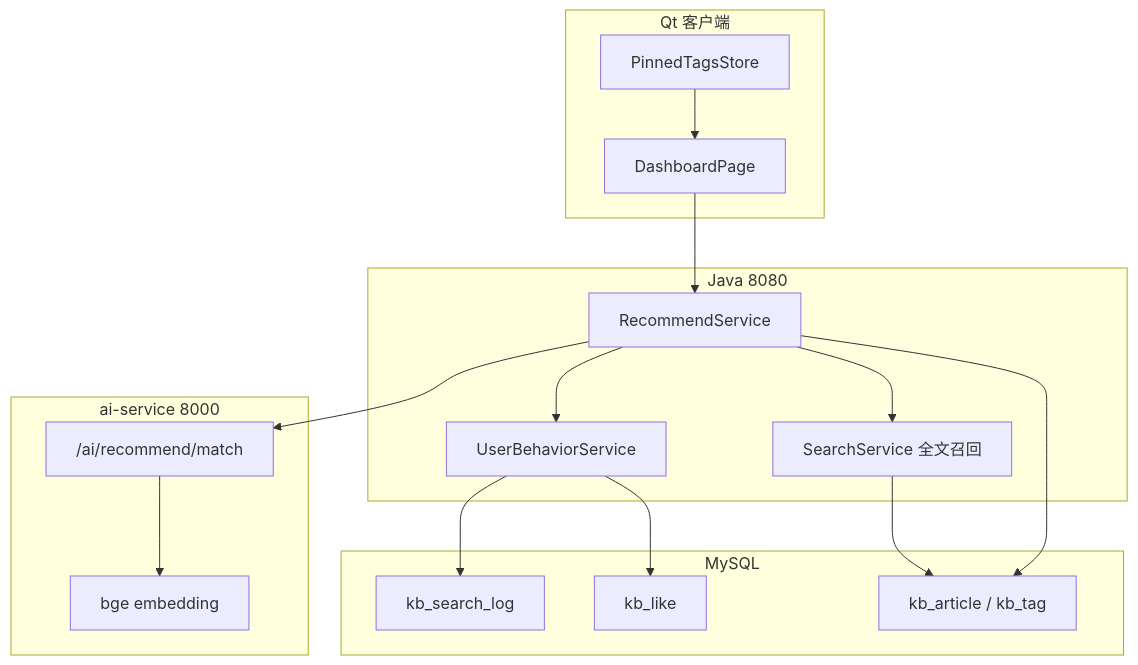
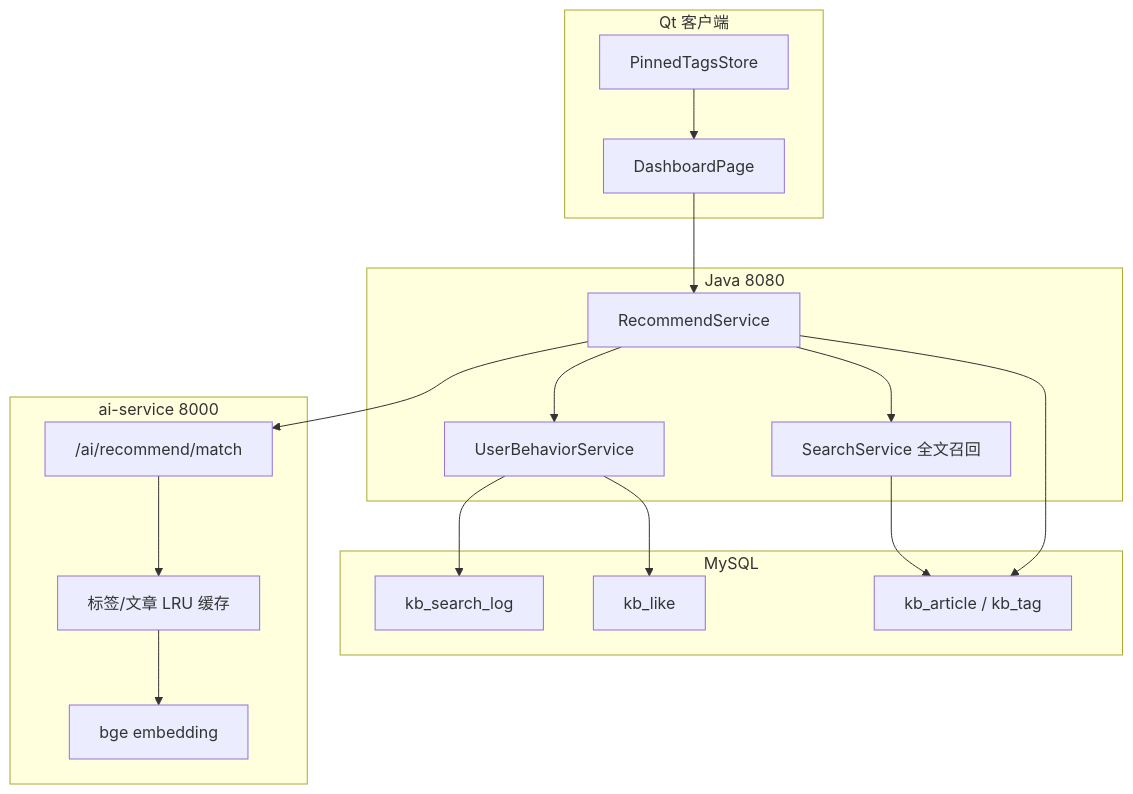
Before and after one commit to GRYAN465/auto-service-knowledge-base: the diagram in docs/首页个性化推荐算法说明.md, drawn with Mermaid. The commit also changed other lines of this file and 9 other files, not shown here.

````diff
--- a/docs/首页个性化推荐算法说明.md
+++ b/docs/首页个性化推荐算法说明.md
@@ -40,35 +40,37 @@
 ```mermaid
 flowchart TB
   subgraph client [Qt 客户端]
     PIN[PinnedTagsStore]
     DASH[DashboardPage]
   end
 
   subgraph java [Java 8080]
     UBS[UserBehaviorService]
     RS[RecommendService]
     SS[SearchService 全文召回]
   end
 
   subgraph mysql [MySQL]
     SL[kb_search_log]
     LK[kb_like]
     ART[kb_article / kb_tag]
   end
 
   subgraph py [ai-service 8000]
     MATCH["/ai/recommend/match"]
     EMB[bge embedding]
+    CACHE[标签/文章 LRU 缓存]
   end
 
   PIN --> DASH
   DASH --> RS
   RS --> UBS
   UBS --> SL
   UBS --> LK
   RS --> SS
   SS --> ART
   RS --> MATCH
-  MATCH --> EMB
+  MATCH --> CACHE
+  CACHE --> EMB
   RS --> ART
 ```
````
